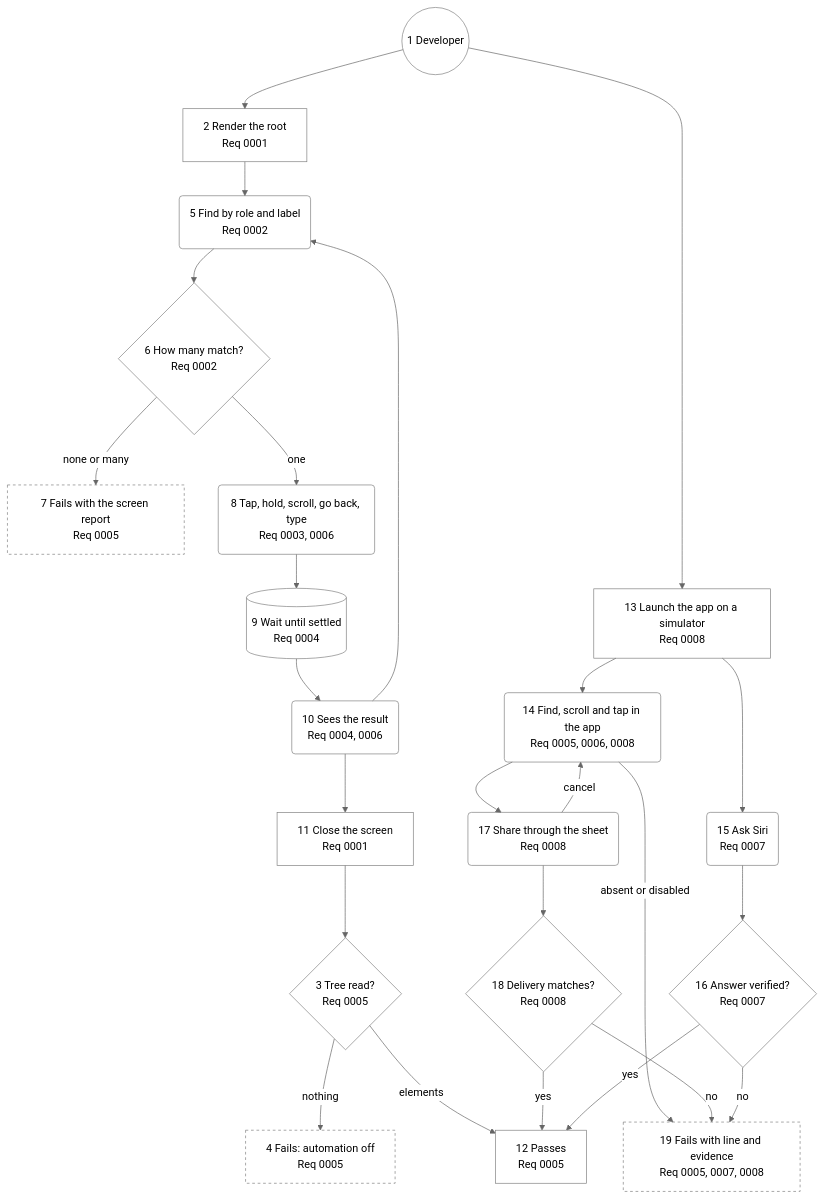
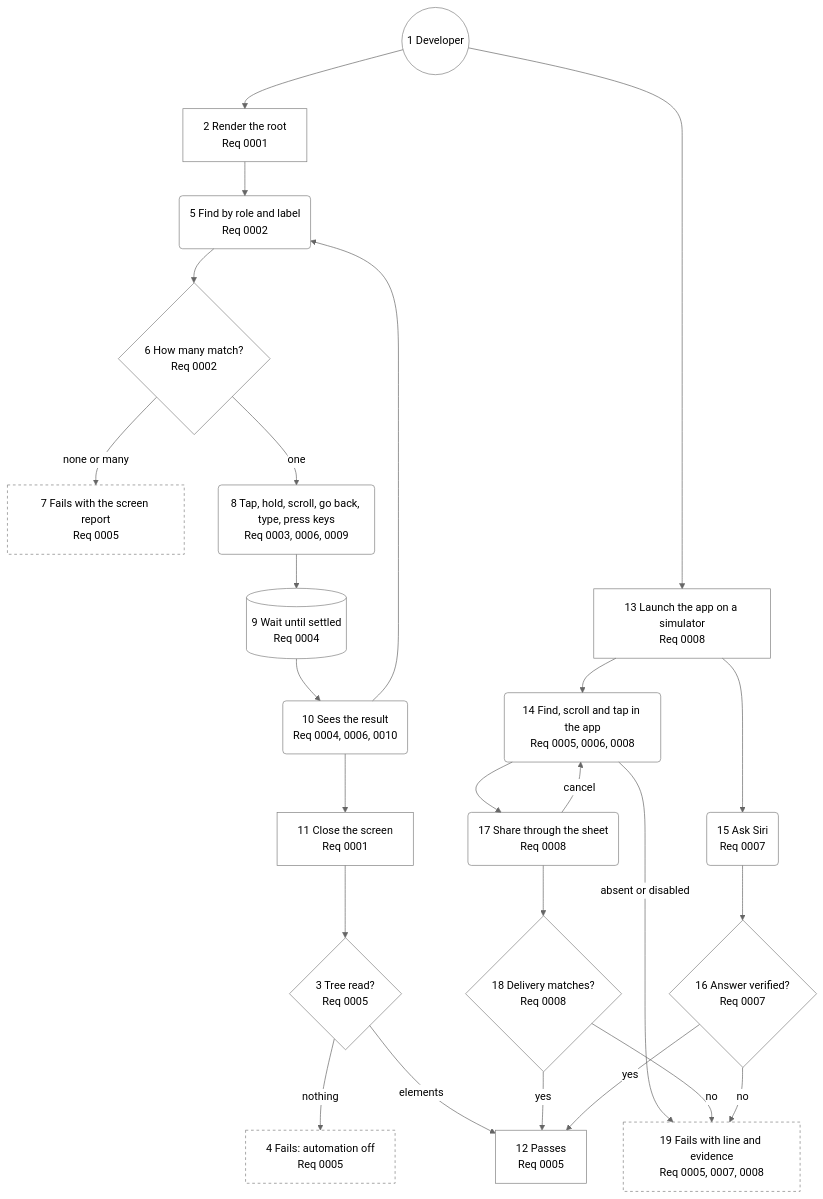
Before and after one commit to may-journal/apple-ui-testing-library: the diagram in docs/architecture/05-user-journey.md, drawn with Mermaid (neutral theme). The commit also changed other lines of this file and 21 other files, not shown here.

First line of the commit message:
feat(actions): press keys, watch for a set time and see the share sheet

````diff
--- a/docs/architecture/05-user-journey.md
+++ b/docs/architecture/05-user-journey.md
@@ -13,54 +13,54 @@
 ```mermaid
 flowchart TB
     dev((1 Developer)):::persona
     render[2 Render the root<br/>Req 0001]:::step
     canary{3 Tree read?<br/>Req 0005}:::check
     empty[4 Fails: automation off<br/>Req 0005]:::blocked
     find(5 Find by role and label<br/>Req 0002):::action
     match{6 How many match?<br/>Req 0002}:::check
     missing[7 Fails with the screen report<br/>Req 0005]:::blocked
-    act(8 Tap, hold, scroll, go back, type<br/>Req 0003, 0006):::action
+    act(8 Tap, hold, scroll, go back, type, press keys<br/>Req 0003, 0006, 0009):::action
     settle[(9 Wait until settled<br/>Req 0004)]:::system
-    sees(10 Sees the result<br/>Req 0004, 0006):::action
+    sees(10 Sees the result<br/>Req 0004, 0006, 0010):::action
     close[11 Close the screen<br/>Req 0001]:::step
     passes[12 Passes<br/>Req 0005]:::step
     launch[13 Launch the app on a simulator<br/>Req 0008]:::step
     tap(14 Find, scroll and tap in the app<br/>Req 0005, 0006, 0008):::action
     siri(15 Ask Siri<br/>Req 0007):::action
     answer{16 Answer verified?<br/>Req 0007}:::check
     share(17 Share through the sheet<br/>Req 0008):::action
     delivery{18 Delivery matches?<br/>Req 0008}:::check
     sysFails[19 Fails with line and evidence<br/>Req 0005, 0007, 0008]:::blocked
 
     dev --> render
     render --> find
     find --> match
     match -->|one| act
     match -->|none or many| missing
     act --> settle
     settle --> sees
     sees --> find
     sees --> close
     close --> canary
     canary -->|nothing| empty
     canary -->|elements| passes
     dev --> launch
     launch --> tap
     launch --> siri
     tap -->|absent or disabled| sysFails
     tap --> share
     share -->|cancel| tap
     share --> delivery
     delivery -->|yes| passes
     delivery -->|no| sysFails
     siri --> answer
     answer -->|yes| passes
     answer -->|no| sysFails
 
     classDef persona fill:none,stroke:gray
     classDef step fill:none,stroke:gray
     classDef action fill:none,stroke:gray
     classDef check fill:none,stroke:gray
     classDef system fill:none,stroke:gray
     classDef blocked fill:none,stroke:gray,stroke-dasharray:4
 ```
````
